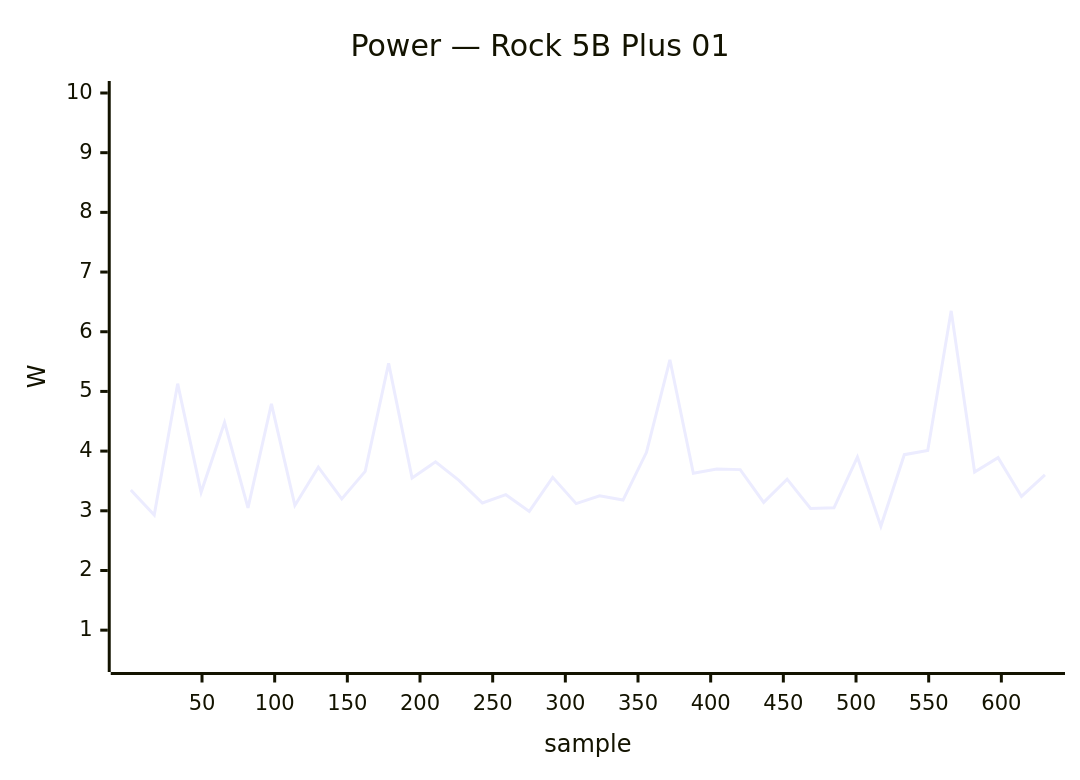
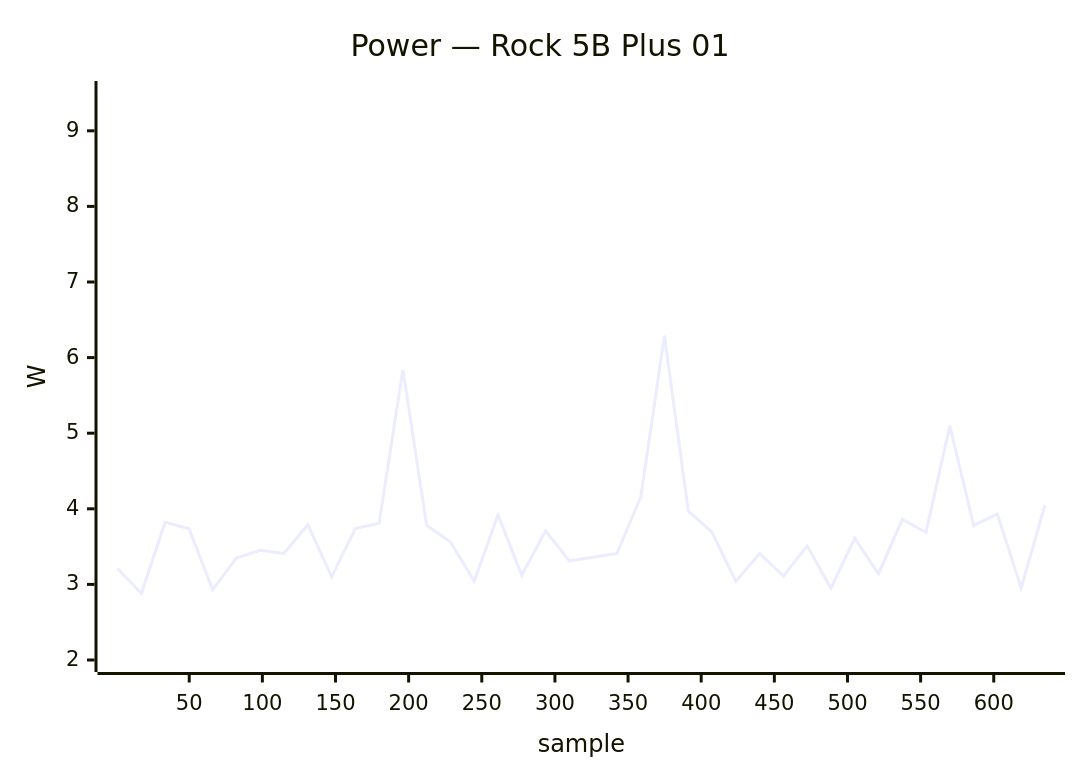
Diagram 11 of 34 in docs/status/board-tests.md (armbian/documentation), drawn with Mermaid before and after one commit. The commit also changed other lines of this file, not shown here.

````diff
--- a/docs/status/board-tests.md
+++ b/docs/status/board-tests.md
@@ -600,7 +615,7 @@
 ```mermaid
 xychart-beta
     title "Power — Rock 5B Plus 01"
-    x-axis "sample" 1 --> 630
-    y-axis "W" 0.5 --> 10.0
-    line [3.35, 2.93, 5.13, 3.31, 4.48, 3.05, 4.79, 3.09, 3.73, 3.20, 3.66, 5.47, 3.55, 3.82, 3.51, 3.13, 3.27, 2.99, 3.56, 3.12, 3.25, 3.18, 3.98, 5.53, 3.63, 3.70, 3.69, 3.14, 3.53, 3.04, 3.05, 3.90, 2.74, 3.94, 4.01, 6.35, 3.65, 3.89, 3.24, 3.60]
+    x-axis "sample" 1 --> 635
+    y-axis "W" 2.0 --> 9.5
+    line [3.21, 2.88, 3.82, 3.74, 2.93, 3.35, 3.45, 3.41, 3.79, 3.10, 3.74, 3.81, 5.84, 3.78, 3.56, 3.04, 3.92, 3.12, 3.71, 3.31, 3.36, 3.41, 4.15, 6.29, 3.97, 3.69, 3.04, 3.41, 3.11, 3.51, 2.95, 3.61, 3.14, 3.86, 3.69, 5.10, 3.78, 3.93, 2.95, 4.05]
 ```
````
